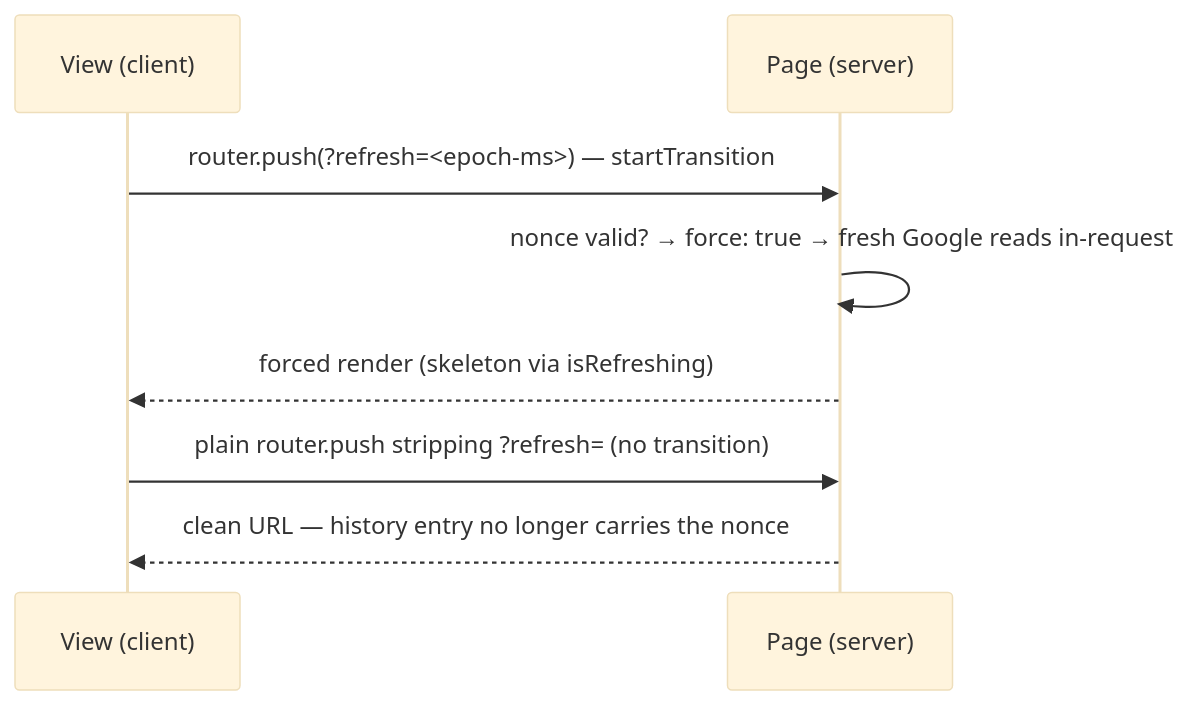
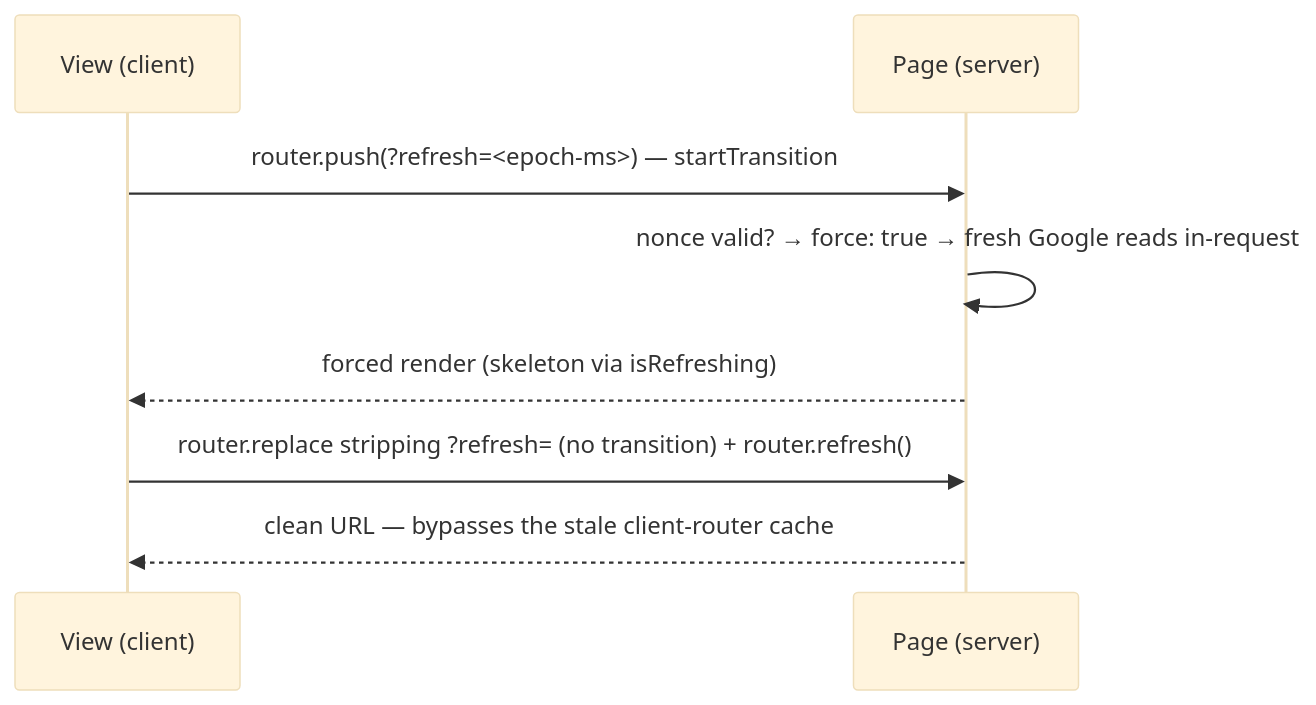
The second of 3 diagrams in docs/loading-transitions.md (oncloudnintynineone-source/cloudy2), drawn with Mermaid (base theme) before and after one commit. The commit also changed other lines of this file and 5 other files, not shown here.

Commit message:
Fix Reset/Clear reverted by the stale _fresh strip (replace+refresh, like ?refresh=)

````diff
--- a/docs/loading-transitions.md
+++ b/docs/loading-transitions.md
@@ -218,10 +222,10 @@
 ```mermaid
 sequenceDiagram
     participant V as View (client)
     participant P as Page (server)
     V->>P: router.push(?refresh=<epoch-ms>) — startTransition
     P->>P: nonce valid? → force: true → fresh Google reads in-request
     P-->>V: forced render (skeleton via isRefreshing)
-    V->>P: plain router.push stripping ?refresh= (no transition)
-    P-->>V: clean URL — history entry no longer carries the nonce
+    V->>P: router.replace stripping ?refresh= (no transition) + router.refresh()
+    P-->>V: clean URL — bypasses the stale client-router cache
 ```
````
